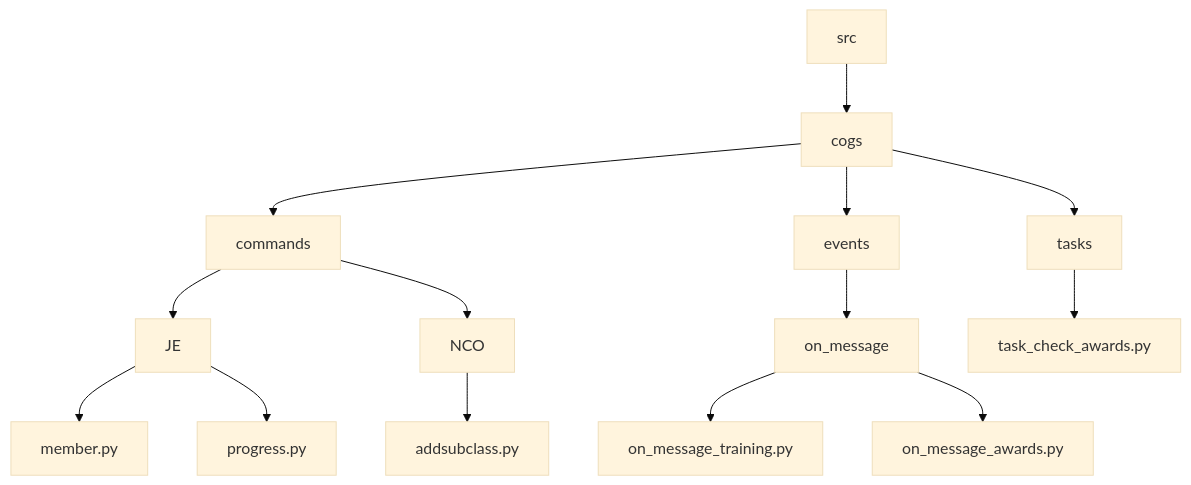
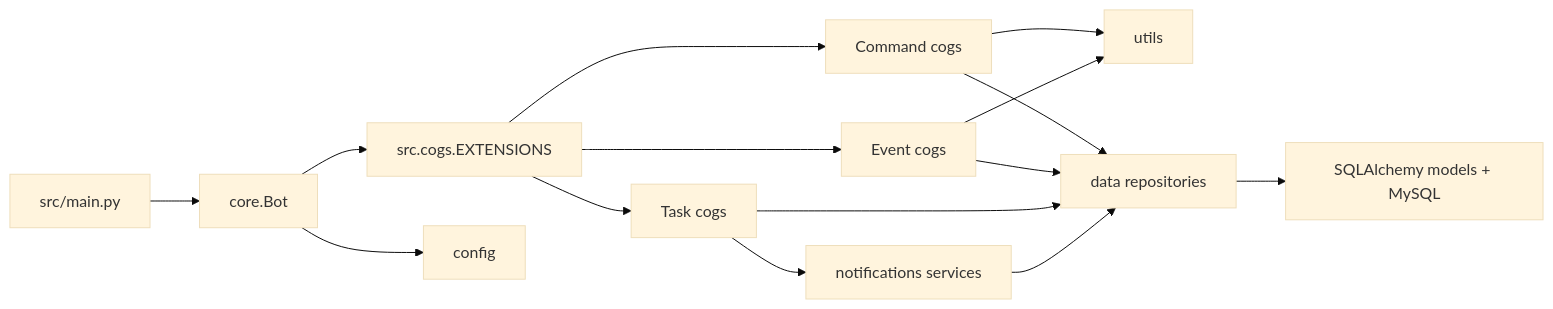
The second of 4 diagrams in docs/architecture.md (USNofSOT/Paul), drawn with Mermaid (base theme) before and after one commit. The commit also changed other lines of this file and 2 other files, not shown here.

Commit message:
docs: update architecture and getting started documentation for clarity and completeness

````diff
--- a/docs/architecture.md
+++ b/docs/architecture.md
@@ -41,16 +44,17 @@
 ```mermaid
-graph TD
-    src --> cogs
-    cogs --> commands
-    cogs --> events
-    cogs --> tasks
-    commands --> JE
-    commands --> NCO
-    JE --> member.py
-    JE --> progress.py
-    NCO --> addsubclass.py
-    events --> on_message
-    on_message --> on_message_training.py
-    on_message --> on_message_awards.py
-    tasks --> task_check_awards.py
+flowchart LR
+    A["src/main.py"] --> B["core.Bot"]
+    B --> C["src.cogs.EXTENSIONS"]
+    C --> D["Command cogs"]
+    C --> E["Event cogs"]
+    C --> F["Task cogs"]
+    D --> G["utils"]
+    D --> H["data repositories"]
+    E --> G
+    E --> H
+    F --> I["notifications services"]
+    F --> H
+    I --> H
+    H --> J["SQLAlchemy models + MySQL"]
+    B --> K["config"]
 ```
````
